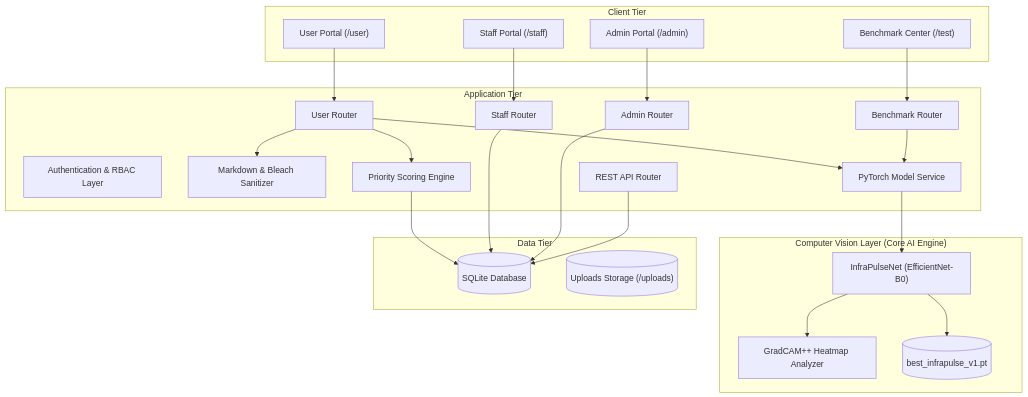
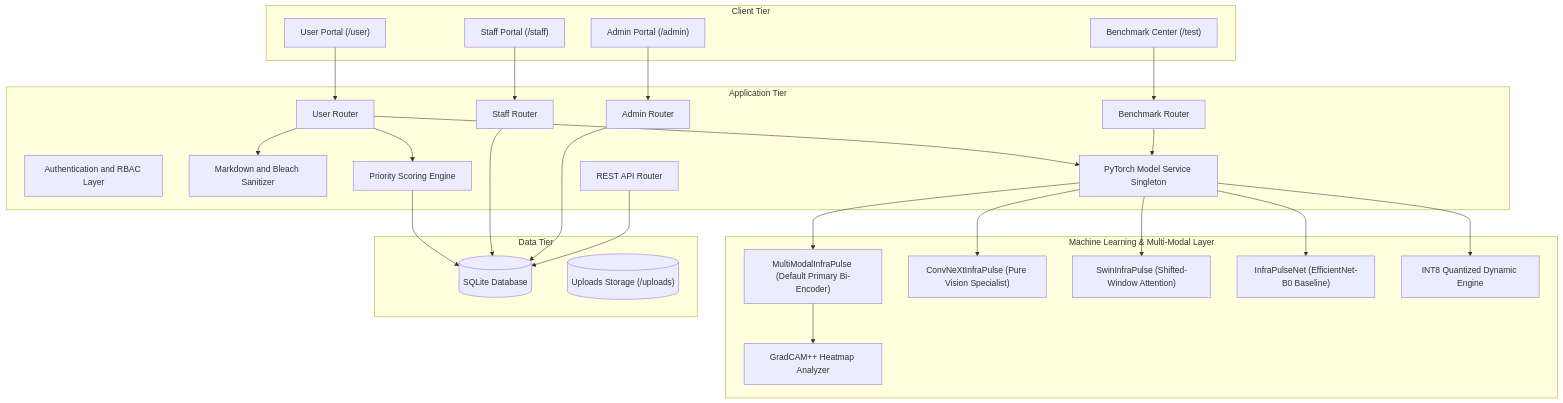
Before and after one commit to Bittu5134/InfraPulse: the first of 3 diagrams in docs/DESIGN_DOCUMENT.md, drawn with Mermaid. The commit also changed other lines of this file and 4 other files, not shown here.

Commit message:
feat(model): set Multi-Modal Bi-Encoder as default primary classifier and add comprehensive write-up of model suite in documentation

````diff
--- a/docs/DESIGN_DOCUMENT.md
+++ b/docs/DESIGN_DOCUMENT.md
@@ -27,46 +27,53 @@
 ```mermaid
 graph TB
     subgraph Client_Tier ["Client Tier"]
         UI_User["User Portal (/user)"]
         UI_Staff["Staff Portal (/staff)"]
         UI_Admin["Admin Portal (/admin)"]
         UI_Bench["Benchmark Center (/test)"]
     end
 
     subgraph Application_Tier ["Application Tier"]
-        Auth["Authentication & RBAC Layer"]
-        MDEngine["Markdown & Bleach Sanitizer"]
+        Auth["Authentication and RBAC Layer"]
+        MDEngine["Markdown and Bleach Sanitizer"]
         UserRouter["User Router"]
         StaffRouter["Staff Router"]
         AdminRouter["Admin Router"]
         BenchRouter["Benchmark Router"]
         APIRouter["REST API Router"]
         PriorityEngine["Priority Scoring Engine"]
-        ModelService["PyTorch Model Service"]
+        ModelService["PyTorch Model Service Singleton"]
     end
 
-    subgraph CV_Layer ["Computer Vision Layer (Core AI Engine)"]
-        Net["InfraPulseNet (EfficientNet-B0)"]
+    subgraph CV_Tier ["Machine Learning & Multi-Modal Layer"]
+        MM["MultiModalInfraPulse (Default Primary Bi-Encoder)"]
+        Conv["ConvNeXtInfraPulse (Pure Vision Specialist)"]
+        Swin["SwinInfraPulse (Shifted-Window Attention)"]
+        Base["InfraPulseNet (EfficientNet-B0 Baseline)"]
+        Q8["INT8 Quantized Dynamic Engine"]
         GradCAM["GradCAM++ Heatmap Analyzer"]
-        Checkpoint[("best_infrapulse_v1.pt")]
     end
 
     subgraph Data_Tier ["Data Tier"]
         DB[("SQLite Database")]
         Storage[("Uploads Storage (/uploads)")]
     end
 
     UI_User --> UserRouter
     UI_Staff --> StaffRouter
     UI_Admin --> AdminRouter
     UI_Bench --> BenchRouter
 
     UserRouter --> MDEngine
-    UserRouter --> ModelService --> Net --> GradCAM
-    Net --> Checkpoint
+    UserRouter --> ModelService --> MM --> GradCAM
+    ModelService --> Conv
+    ModelService --> Swin
+    ModelService --> Base
+    ModelService --> Q8
+
     UserRouter --> PriorityEngine --> DB
     StaffRouter --> DB
     AdminRouter --> DB
     APIRouter --> DB
     BenchRouter --> ModelService
 ```
````
